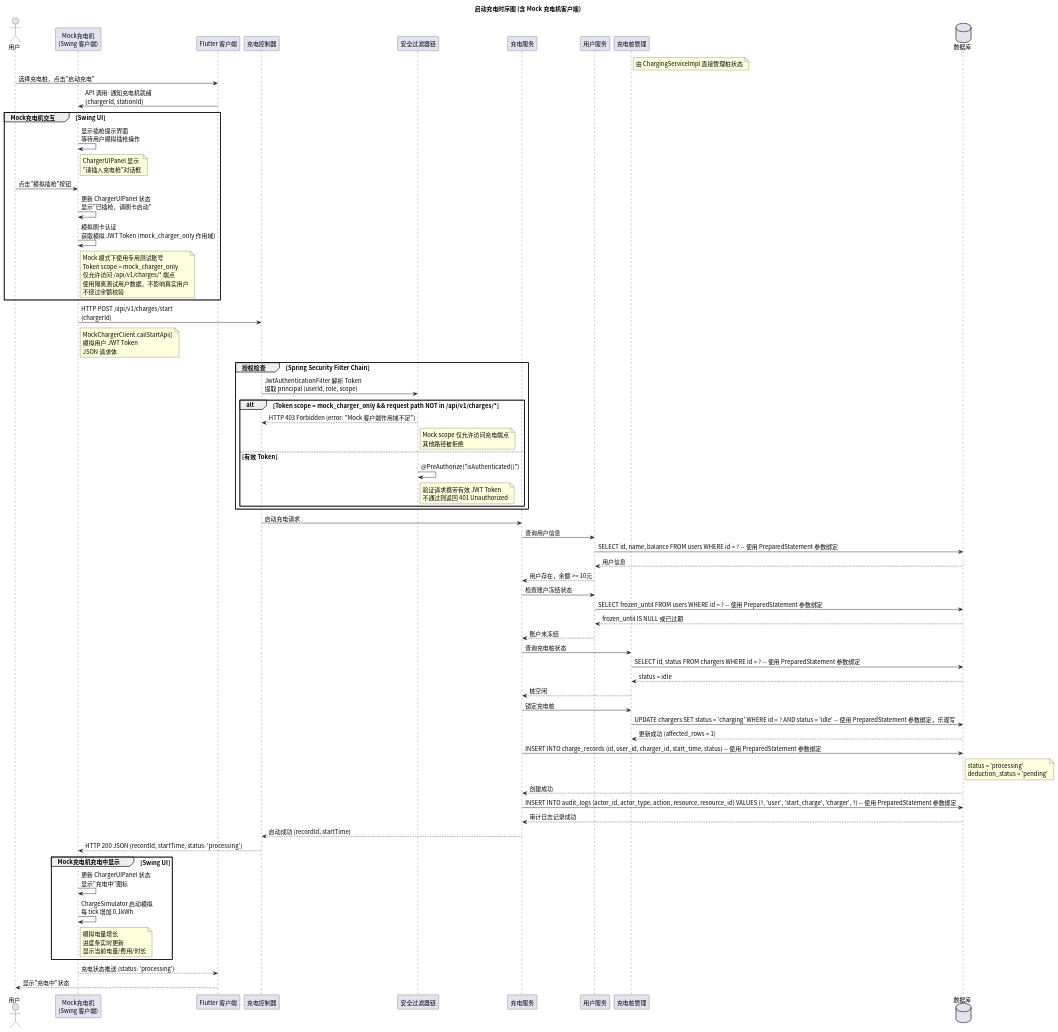
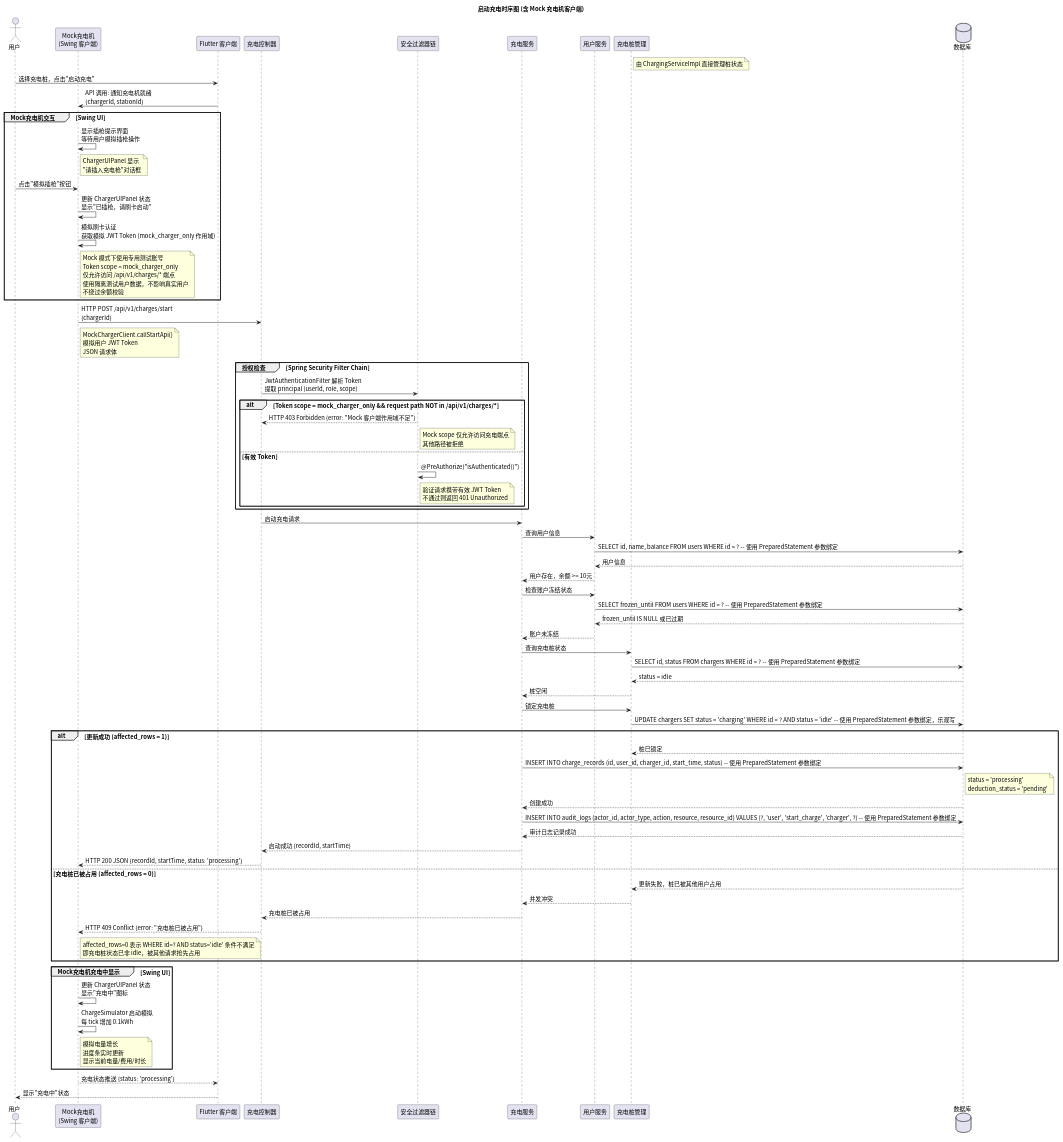
Before and after one commit to greenhandzdl/charging-station-doc: the diagram in time/src/sequence_charging.puml, drawn with PlantUML. The commit also changed 33 other files, not shown here.

First line of the commit message:
fix: 全量评估修复 — 授权加固、欠费冻结、幂等性、跨图一致性修复

```diff
--- a/time/src/sequence_charging.puml
+++ b/time/src/sequence_charging.puml
@@ -1,86 +1,96 @@
 @startuml
 skinparam defaultFontName "Noto Sans CJK SC"
 skinparam defaultFontSize 14
 title 启动充电时序图 (含 Mock 充电机客户端)
 
 ' 所有 SQL 操作使用 PreparedStatement 参数绑定，禁止字符串拼接
 actor 用户 as U
 participant "Mock充电机\n(Swing 客户端)" as MC
 participant "Flutter 客户端" as FE
 participant "充电控制器" as Ctrl
 participant "安全过滤器链" as Security
 participant "充电服务" as Service
 participant "用户服务" as US
 participant "充电桩管理" as CS
 note right of CS : 由 ChargingServiceImpl 直接管理桩状态
 database 数据库 as DB
 
 U -> FE: 选择充电桩，点击"启动充电"
 FE -> MC: API 调用: 通知充电机就绪\n{chargerId, stationId}
 
 group Mock充电机交互 [Swing UI]
   MC -> MC: 显示插枪提示界面\n等待用户模拟插枪操作
   note right MC : ChargerUIPanel 显示\n"请插入充电枪"对话框
 
   U -> MC: 点击"模拟插枪"按钮
   MC -> MC: 更新 ChargerUIPanel 状态\n显示"已插枪，请刷卡启动"
 
   MC -> MC: 模拟刷卡认证\n获取模拟 JWT Token (mock_charger_only 作用域)
   note right MC : Mock 模式下使用专用测试账号\nToken scope = mock_charger_only\n仅允许访问 /api/v1/charges/* 端点\n使用隔离测试用户数据，不影响真实用户\n不绕过余额校验
 end
 
 MC -> Ctrl: HTTP POST /api/v1/charges/start\n{chargerId}
 note right MC : MockChargerClient.callStartApi()\n模拟用户 JWT Token\nJSON 请求体
 
 group 授权检查 [Spring Security Filter Chain]
   Ctrl -> Security: JwtAuthenticationFilter 解析 Token\n提取 principal (userId, role, scope)
 
   alt Token scope = mock_charger_only && request path NOT in /api/v1/charges/*
     Security --> Ctrl: HTTP 403 Forbidden {error: "Mock 客户端作用域不足"}
     note right Security : Mock scope 仅允许访问充电端点\n其他路径被拒绝
   else 有效 Token
     Security -> Security: @PreAuthorize("isAuthenticated()")
     note right Security : 验证请求携带有效 JWT Token\n不通过则返回 401 Unauthorized
   end
 end
 
 Ctrl -> Service: 启动充电请求
 
 Service -> US: 查询用户信息
 US -> DB: SELECT id, name, balance FROM users WHERE id = ? -- 使用 PreparedStatement 参数绑定
 DB --> US: 用户信息
 US --> Service: 用户存在，余额 >= 10元
 
 Service -> US: 检查账户冻结状态
 US -> DB: SELECT frozen_until FROM users WHERE id = ? -- 使用 PreparedStatement 参数绑定
 DB --> US: frozen_until IS NULL 或已过期
 US --> Service: 账户未冻结
 
 Service -> CS: 查询充电桩状态
 CS -> DB: SELECT id, status FROM chargers WHERE id = ? -- 使用 PreparedStatement 参数绑定
 DB --> CS: status = idle
 CS --> Service: 桩空闲
 
 Service -> CS: 锁定充电桩
 CS -> DB: UPDATE chargers SET status = 'charging' WHERE id = ? AND status = 'idle' -- 使用 PreparedStatement 参数绑定，乐观写
-DB --> CS: 更新成功 (affected_rows = 1)
 
-Service -> DB: INSERT INTO charge_records (id, user_id, charger_id, start_time, status) -- 使用 PreparedStatement 参数绑定
-note right DB : status = 'processing'\ndeduction_status = 'pending'
-DB --> Service: 创建成功
+alt 更新成功 (affected_rows = 1)
+  DB --> CS: 桩已锁定
 
-Service -> DB: INSERT INTO audit_logs (actor_id, actor_type, action, resource, resource_id) VALUES (?, 'user', 'start_charge', 'charger', ?) -- 使用 PreparedStatement 参数绑定
-DB --> Service: 审计日志记录成功
+  Service -> DB: INSERT INTO charge_records (id, user_id, charger_id, start_time, status) -- 使用 PreparedStatement 参数绑定
+  note right DB : status = 'processing'\ndeduction_status = 'pending'
+  DB --> Service: 创建成功
 
-Service --> Ctrl: 启动成功 {recordId, startTime}
-Ctrl --> MC: HTTP 200 JSON {recordId, startTime, status: 'processing'}
+  Service -> DB: INSERT INTO audit_logs (actor_id, actor_type, action, resource, resource_id) VALUES (?, 'user', 'start_charge', 'charger', ?) -- 使用 PreparedStatement 参数绑定
+  DB --> Service: 审计日志记录成功
+
+  Service --> Ctrl: 启动成功 {recordId, startTime}
+  Ctrl --> MC: HTTP 200 JSON {recordId, startTime, status: 'processing'}
+else 充电桩已被占用 (affected_rows = 0)
+  DB --> CS: 更新失败，桩已被其他用户占用
+  CS --> Service: 并发冲突
+
+  Service --> Ctrl: 充电桩已被占用
+  Ctrl --> MC: HTTP 409 Conflict {error: "充电桩已被占用"}
+  note right MC : affected_rows=0 表示 WHERE id=? AND status='idle' 条件不满足\n即充电桩状态已非 idle，被其他请求抢先占用
+end
 
 group Mock充电机充电中显示 [Swing UI]
   MC -> MC: 更新 ChargerUIPanel 状态\n显示"充电中"图标
   MC -> MC: ChargeSimulator 启动模拟\n每 tick 增加 0.1kWh
   note right MC : 模拟电量增长\n进度条实时更新\n显示当前电量/费用/时长
 end
 
 MC --> FE: 充电状态推送 {status: 'processing'}
 FE --> U: 显示"充电中"状态
 @enduml
```
